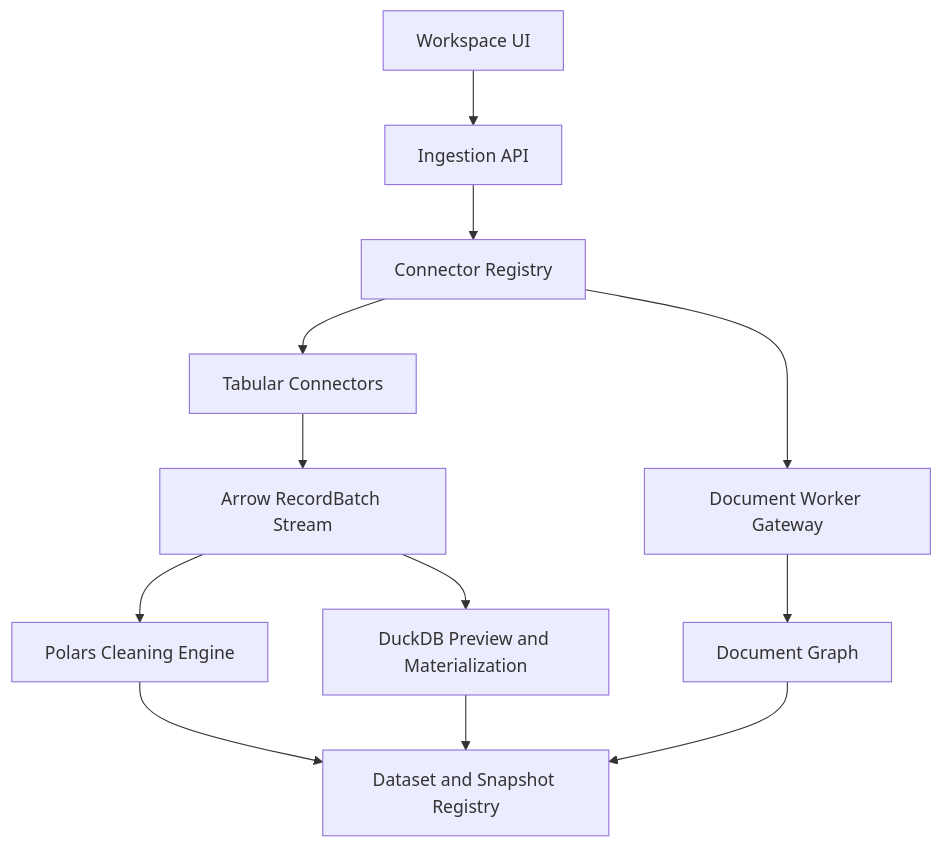
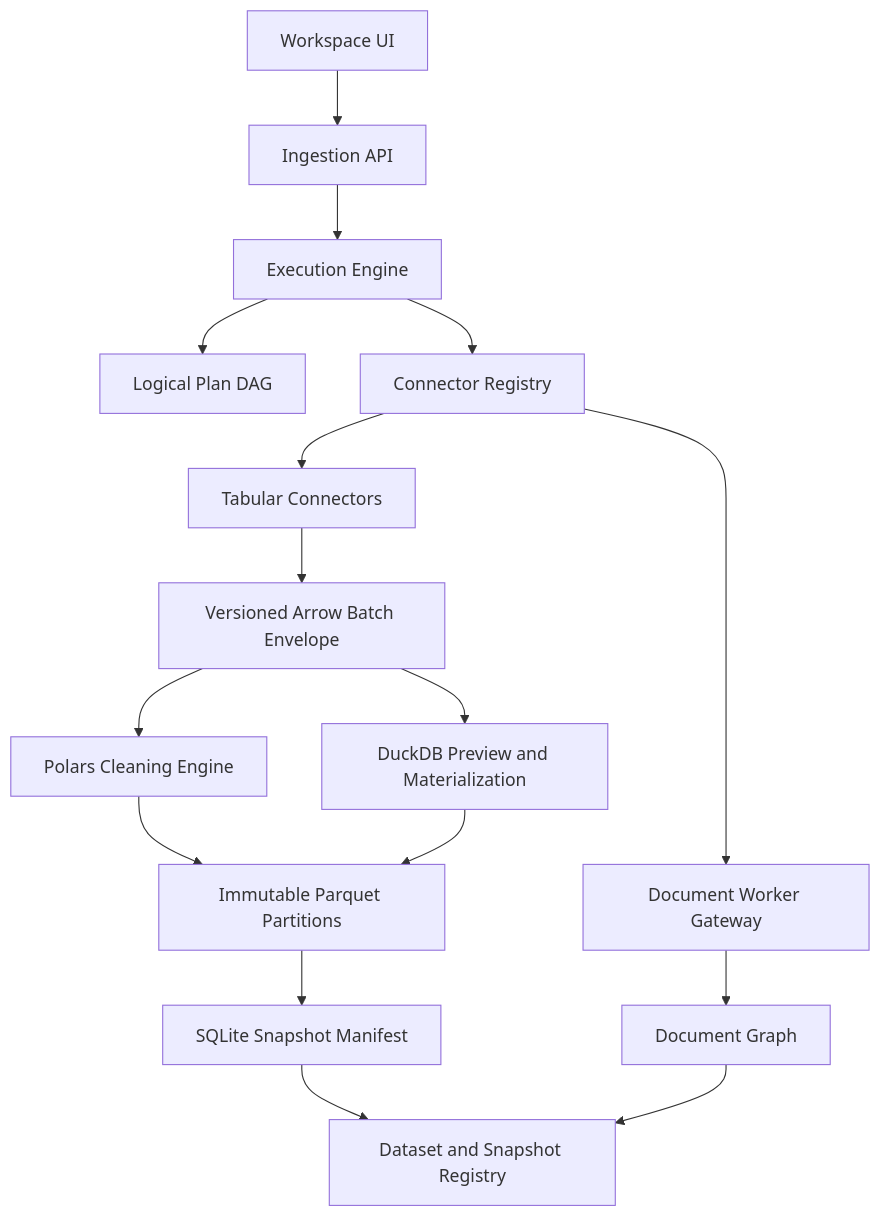
The diagram in docs/data-ingestion-architecture.md (X44421/stillflow), drawn with Mermaid before and after one commit. The commit also changed other lines of this file and 7 other files, not shown here.

Commit message:
docs: freeze architecture and implementation contracts

````diff
--- a/docs/data-ingestion-architecture.md
+++ b/docs/data-ingestion-architecture.md
@@ -57,14 +60,18 @@
 ```mermaid
 flowchart TD
     UI[Workspace UI] --> API[Ingestion API]
-    API --> Registry[Connector Registry]
+    API --> Engine[Execution Engine]
+    Engine --> Plan[Logical Plan DAG]
+    Engine --> Registry[Connector Registry]
     Registry --> Tabular[Tabular Connectors]
     Registry --> Documents[Document Worker Gateway]
-    Tabular --> Arrow[Arrow RecordBatch Stream]
+    Tabular --> Arrow[Versioned Arrow Batch Envelope]
     Arrow --> Polars[Polars Cleaning Engine]
     Arrow --> DuckDB[DuckDB Preview and Materialization]
     Documents --> Graph[Document Graph]
-    Polars --> Dataset[Dataset and Snapshot Registry]
-    DuckDB --> Dataset
+    Polars --> Parquet[Immutable Parquet Partitions]
+    DuckDB --> Parquet
+    Parquet --> SQLite[SQLite Snapshot Manifest]
+    SQLite --> Dataset[Dataset and Snapshot Registry]
     Graph --> Dataset
 ```
````
